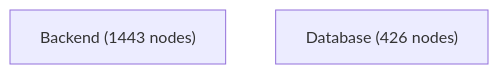
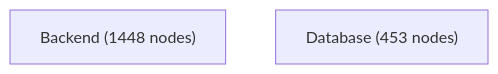
Before and after one commit to jankneumann/agentic-coding-tools: the first of 4 diagrams in docs/architecture-analysis/architecture.report.md, drawn with Mermaid. The commit also changed other lines of this file and 229 other files, not shown here.

````diff
--- a/docs/architecture-analysis/architecture.report.md
+++ b/docs/architecture-analysis/architecture.report.md
@@ -513,5 +502,5 @@
 ```mermaid
 flowchart TB
-    Backend["Backend (1443 nodes)"]
-    Database["Database (426 nodes)"]
+    Backend["Backend (1448 nodes)"]
+    Database["Database (453 nodes)"]
 ```
````
